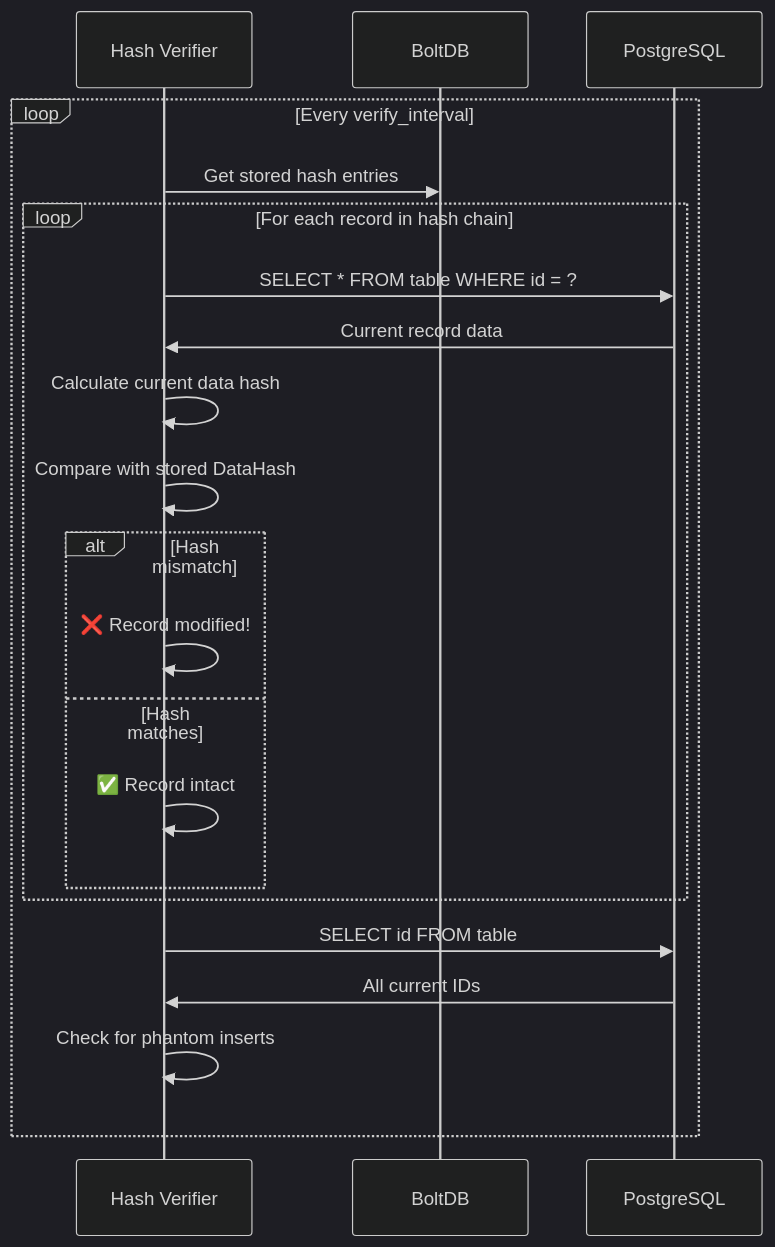
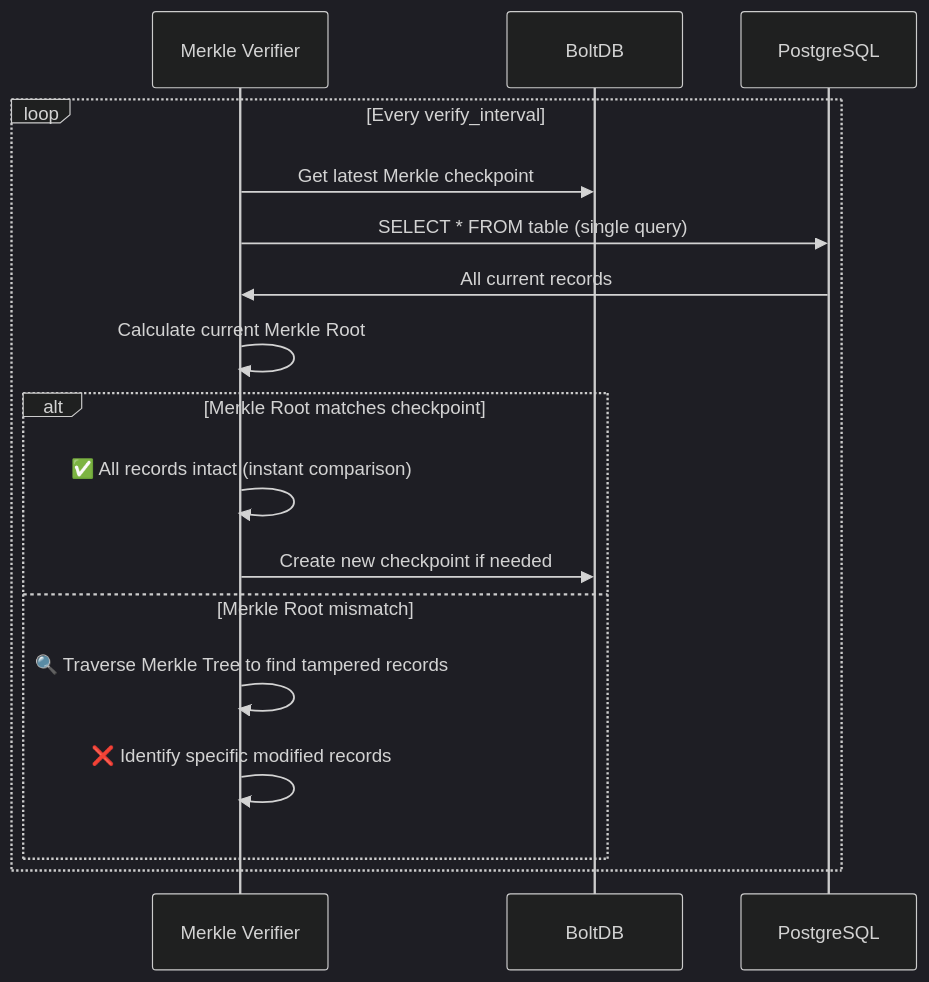
The fourth of 4 diagrams in README.md (Anes1032/witnz), drawn with Mermaid (dark theme) before and after one commit. The commit also changed other lines of this file and 6 other files, not shown here.

Commit message:
Feat: Merkle root

````diff
--- a/README.md
+++ b/README.md
@@ -133,24 +136,20 @@
 ```mermaid
 sequenceDiagram
-    participant Verifier as Hash Verifier
+    participant Verifier as Merkle Verifier
     participant Storage as BoltDB
     participant PG as PostgreSQL
 
     loop Every verify_interval
-        Verifier->>Storage: Get stored hash entries
-        loop For each record in hash chain
-            Verifier->>PG: SELECT * FROM table WHERE id = ?
-            PG->>Verifier: Current record data
-            Verifier->>Verifier: Calculate current data hash
-            Verifier->>Verifier: Compare with stored DataHash
-            alt Hash mismatch
-                Verifier->>Verifier: ❌ Record modified!
-            else Hash matches
-                Verifier->>Verifier: ✅ Record intact
-            end
+        Verifier->>Storage: Get latest Merkle checkpoint
+        Verifier->>PG: SELECT * FROM table (single query)
+        PG->>Verifier: All current records
+        Verifier->>Verifier: Calculate current Merkle Root
+        alt Merkle Root matches checkpoint
+            Verifier->>Verifier: ✅ All records intact (instant comparison)
+            Verifier->>Storage: Create new checkpoint if needed
+        else Merkle Root mismatch
+            Verifier->>Verifier: 🔍 Traverse Merkle Tree to find tampered records
+            Verifier->>Verifier: ❌ Identify specific modified records
         end
-        Verifier->>PG: SELECT id FROM table
-        PG->>Verifier: All current IDs
-        Verifier->>Verifier: Check for phantom inserts
     end
 ```
````
